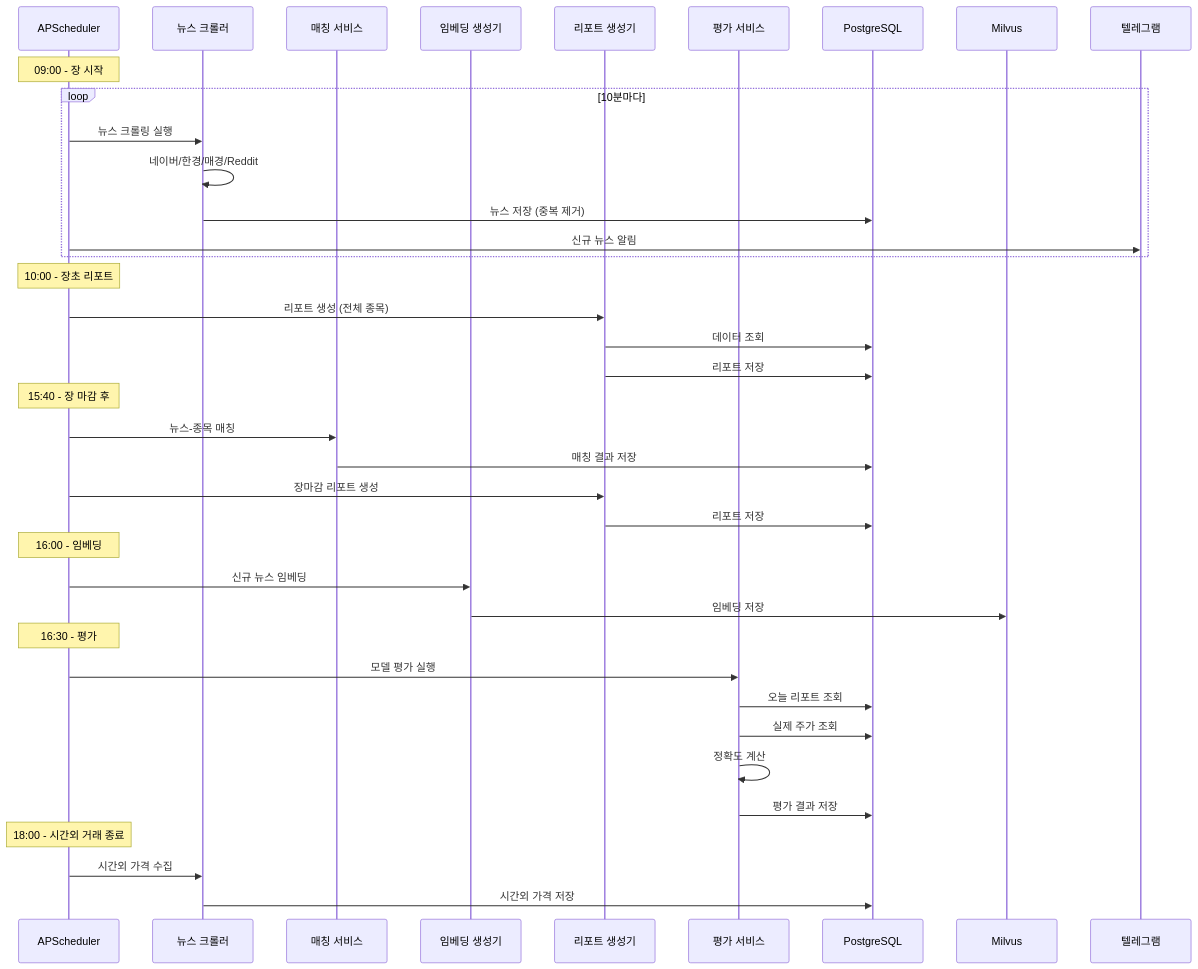
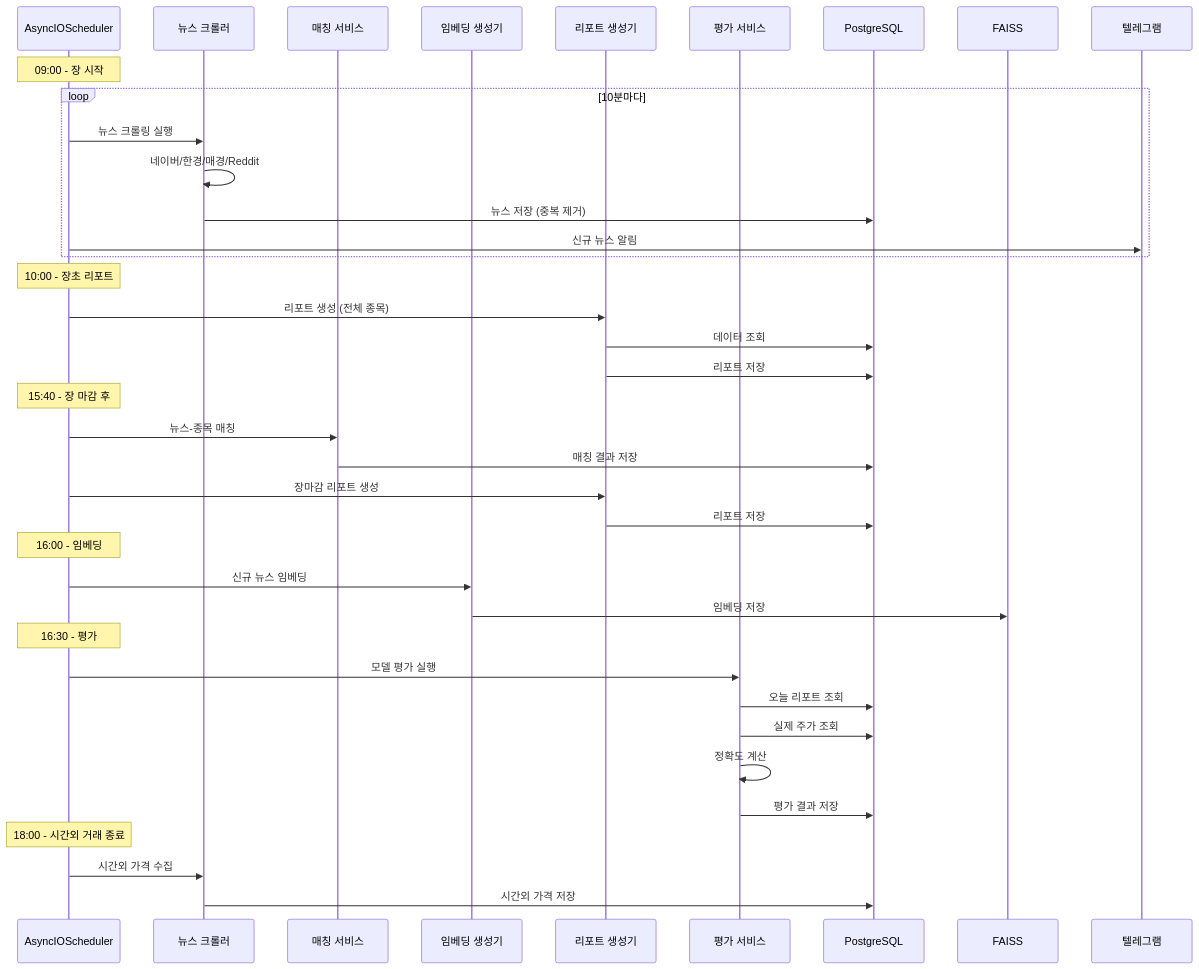
Before and after one commit to atototo/azak-ting: the second of 2 diagrams in docs/architecture/backend/processes.md, drawn with Mermaid. The commit also changed other lines of this file and 7 other files, not shown here.

First line of the commit message:
docs: 최신 아키텍처 변경사항 반영 (FAISS, AsyncIOScheduler, 병렬 처리)

````diff
--- a/docs/architecture/backend/processes.md
+++ b/docs/architecture/backend/processes.md
@@ -63,49 +63,49 @@
 ```mermaid
 sequenceDiagram
-    participant Scheduler as APScheduler
+    participant Scheduler as AsyncIOScheduler
     participant Crawler as 뉴스 크롤러
     participant Matcher as 매칭 서비스
     participant Embedder as 임베딩 생성기
     participant Reporter as 리포트 생성기
     participant Evaluator as 평가 서비스
     participant DB as PostgreSQL
-    participant Vector as Milvus
+    participant Vector as FAISS
     participant TG as 텔레그램
 
     Note over Scheduler: 09:00 - 장 시작
 
     loop 10분마다
         Scheduler->>Crawler: 뉴스 크롤링 실행
         Crawler->>Crawler: 네이버/한경/매경/Reddit
         Crawler->>DB: 뉴스 저장 (중복 제거)
 
         Scheduler->>TG: 신규 뉴스 알림
     end
 
     Note over Scheduler: 10:00 - 장초 리포트
     Scheduler->>Reporter: 리포트 생성 (전체 종목)
     Reporter->>DB: 데이터 조회
     Reporter->>DB: 리포트 저장
 
     Note over Scheduler: 15:40 - 장 마감 후
     Scheduler->>Matcher: 뉴스-종목 매칭
     Matcher->>DB: 매칭 결과 저장
 
     Scheduler->>Reporter: 장마감 리포트 생성
     Reporter->>DB: 리포트 저장
 
     Note over Scheduler: 16:00 - 임베딩
     Scheduler->>Embedder: 신규 뉴스 임베딩
     Embedder->>Vector: 임베딩 저장
 
     Note over Scheduler: 16:30 - 평가
     Scheduler->>Evaluator: 모델 평가 실행
     Evaluator->>DB: 오늘 리포트 조회
     Evaluator->>DB: 실제 주가 조회
     Evaluator->>Evaluator: 정확도 계산
     Evaluator->>DB: 평가 결과 저장
 
     Note over Scheduler: 18:00 - 시간외 거래 종료
     Scheduler->>Crawler: 시간외 가격 수집
     Crawler->>DB: 시간외 가격 저장
 ```
````
